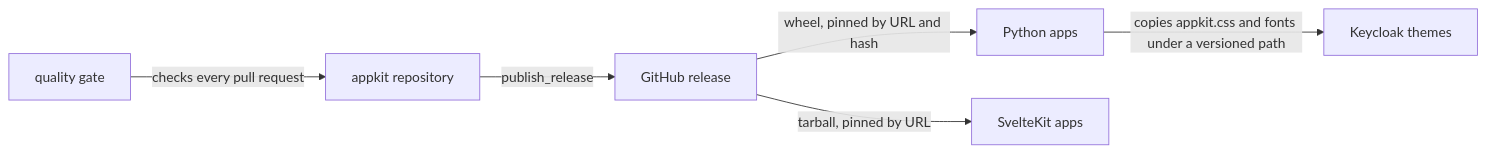
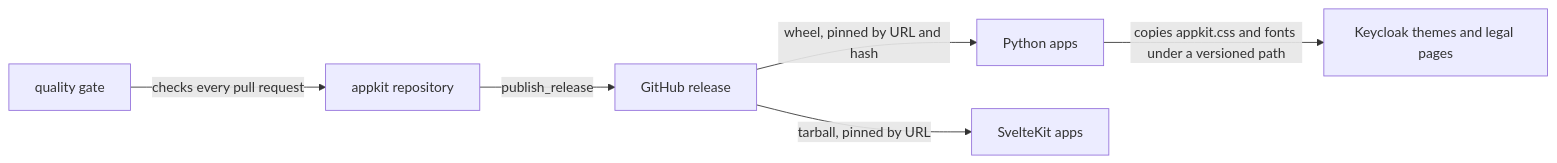
One commit to overnightworks/appkit changed the first of 3 diagrams in docs/ARCHITECTURE.md. Above: the diagram before and after it, drawn with Mermaid. The commit also changed other lines of this file, not shown here.

First line of the commit message:
The architecture overview names the legal pages as a consumer

````diff
--- a/docs/ARCHITECTURE.md
+++ b/docs/ARCHITECTURE.md
@@ -12,14 +12,14 @@
 ```mermaid
 flowchart LR
   appkit[appkit repository]
   gate[quality gate]
   release[GitHub release]
   py[Python apps]
   kit[SvelteKit apps]
-  kc[Keycloak themes]
+  kc[Keycloak themes and legal pages]
   gate -- checks every pull request --> appkit
   appkit -- publish_release --> release
   release -- wheel, pinned by URL and hash --> py
   release -- tarball, pinned by URL --> kit
   py -- copies appkit.css and fonts under a versioned path --> kc
 ```
````
